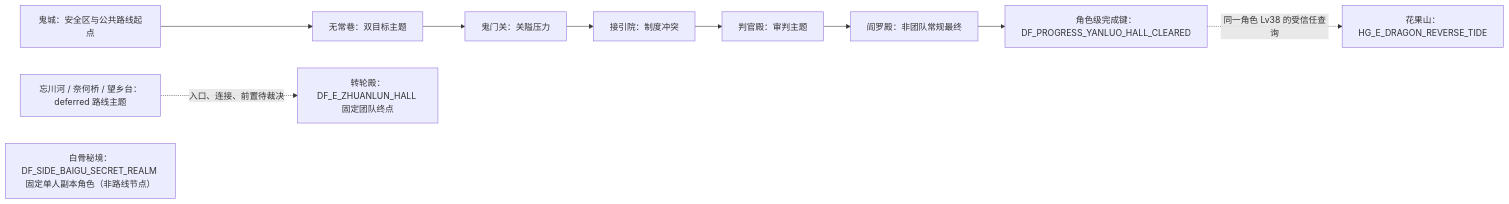
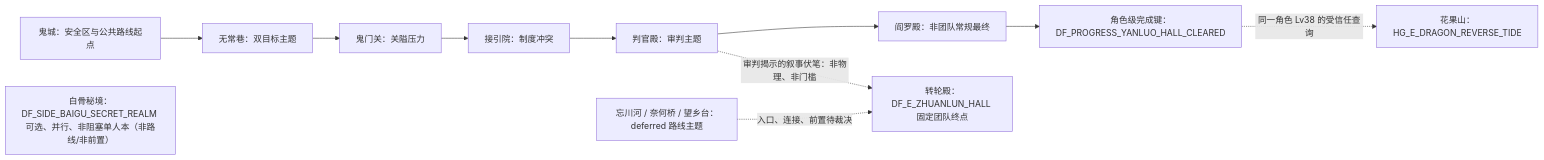
One commit to Bohaohao/zaomeng changed the diagram in docs/物编/地府篇主线遭遇副本规格包/topology-whitebox.md. Above: the diagram before and after it, drawn with Mermaid. The commit also changed other lines of this file and 88 other files, not shown here.

````diff
--- a/docs/物编/地府篇主线遭遇副本规格包/topology-whitebox.md
+++ b/docs/物编/地府篇主线遭遇副本规格包/topology-whitebox.md
@@ -5,12 +5,13 @@
 ```mermaid
 flowchart LR
     A["鬼城：安全区与公共路线起点"] --> B["无常巷：双目标主题"]
     B --> C["鬼门关：关隘压力"]
     C --> D["接引院：制度冲突"]
     D --> E["判官殿：审判主题"]
     E --> F["阎罗殿：非团队常规最终"]
     F --> G["角色级完成键：DF_PROGRESS_YANLUO_HALL_CLEARED"]
     G -. "同一角色 Lv38 的受信任查询" .-> H["花果山：HG_E_DRAGON_REVERSE_TIDE"]
     I["忘川河 / 奈何桥 / 望乡台：deferred 路线主题"] -. "入口、连接、前置待裁决" .-> J["转轮殿：DF_E_ZHUANLUN_HALL 固定团队终点"]
-    K["白骨秘境：DF_SIDE_BAIGU_SECRET_REALM 固定单人副本角色（非路线节点）"]
+    E -. "审判揭示的叙事伏笔：非物理、非门槛" .-> J
+    K["白骨秘境：DF_SIDE_BAIGU_SECRET_REALM 可选、并行、非阻塞单人本（非路线/非前置）"]
 ```
````
